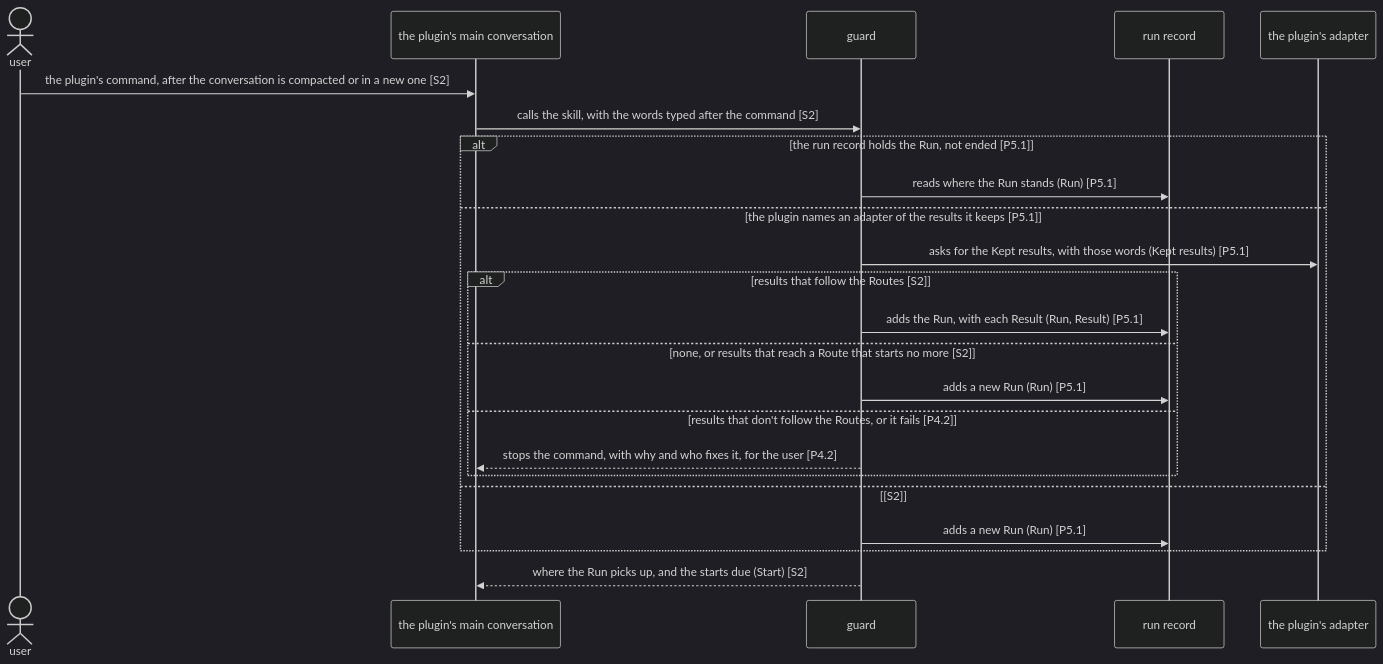
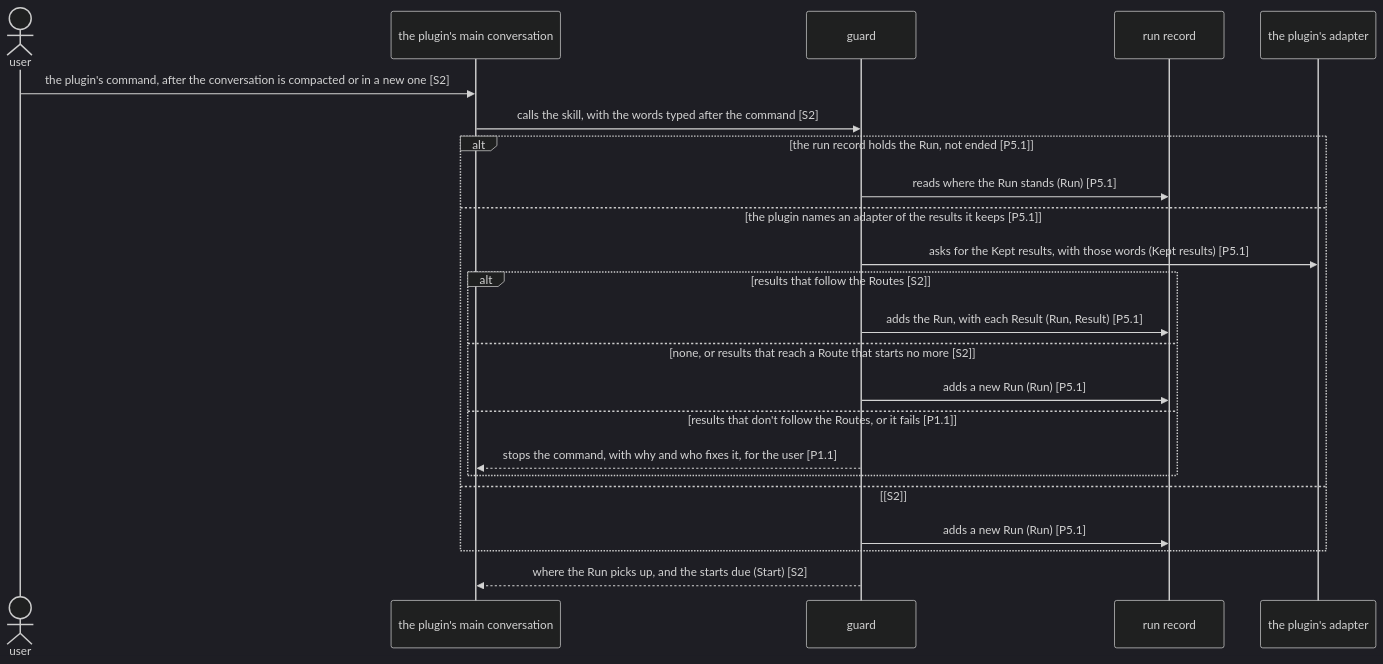
Before and after one commit to lovaizu/ccpm: the second of 2 diagrams in dev/lane/architecture.md, drawn with Mermaid (dark theme). The commit also changed other lines of this file and 1 other file, not shown here.

````diff
--- a/dev/lane/architecture.md
+++ b/dev/lane/architecture.md
@@ -263,25 +266,25 @@
 ```mermaid
 sequenceDiagram
   actor U as user
   participant M as the plugin's main conversation
   participant G as guard
   participant RR as run record
   participant A as the plugin's adapter
   U->>M: the plugin's command, after the conversation is compacted or in a new one [S2]
   M->>G: calls the skill, with the words typed after the command [S2]
   alt the run record holds the Run, not ended [P5.1]
     G->>RR: reads where the Run stands (Run) [P5.1]
   else the plugin names an adapter of the results it keeps [P5.1]
     G->>A: asks for the Kept results, with those words (Kept results) [P5.1]
     alt results that follow the Routes [S2]
       G->>RR: adds the Run, with each Result (Run, Result) [P5.1]
     else none, or results that reach a Route that starts no more [S2]
       G->>RR: adds a new Run (Run) [P5.1]
-    else results that don't follow the Routes, or it fails [P4.2]
-      G-->>M: stops the command, with why and who fixes it, for the user [P4.2]
+    else results that don't follow the Routes, or it fails [P1.1]
+      G-->>M: stops the command, with why and who fixes it, for the user [P1.1]
     end
   else [S2]
     G->>RR: adds a new Run (Run) [P5.1]
   end
   G-->>M: where the Run picks up, and the starts due (Start) [S2]
 ```
````
